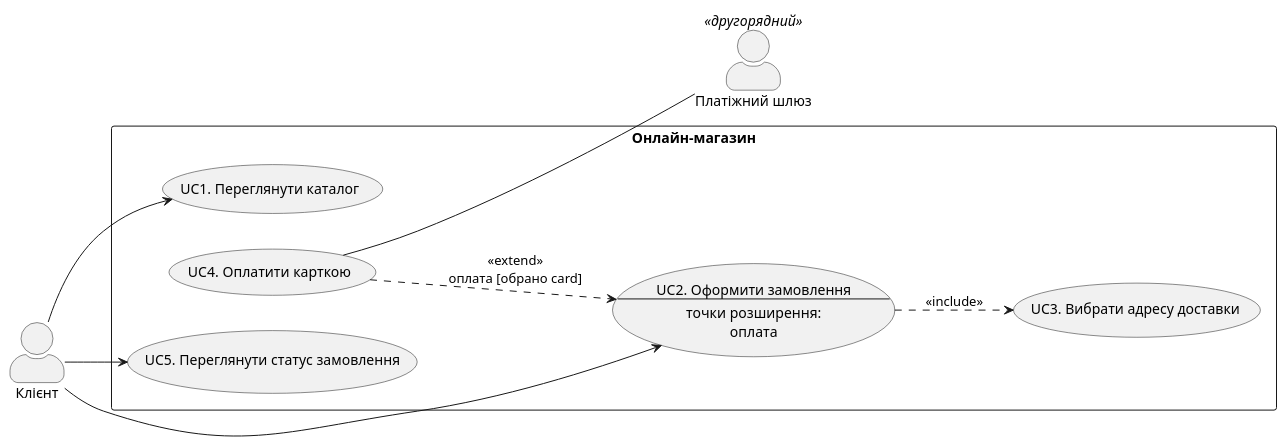
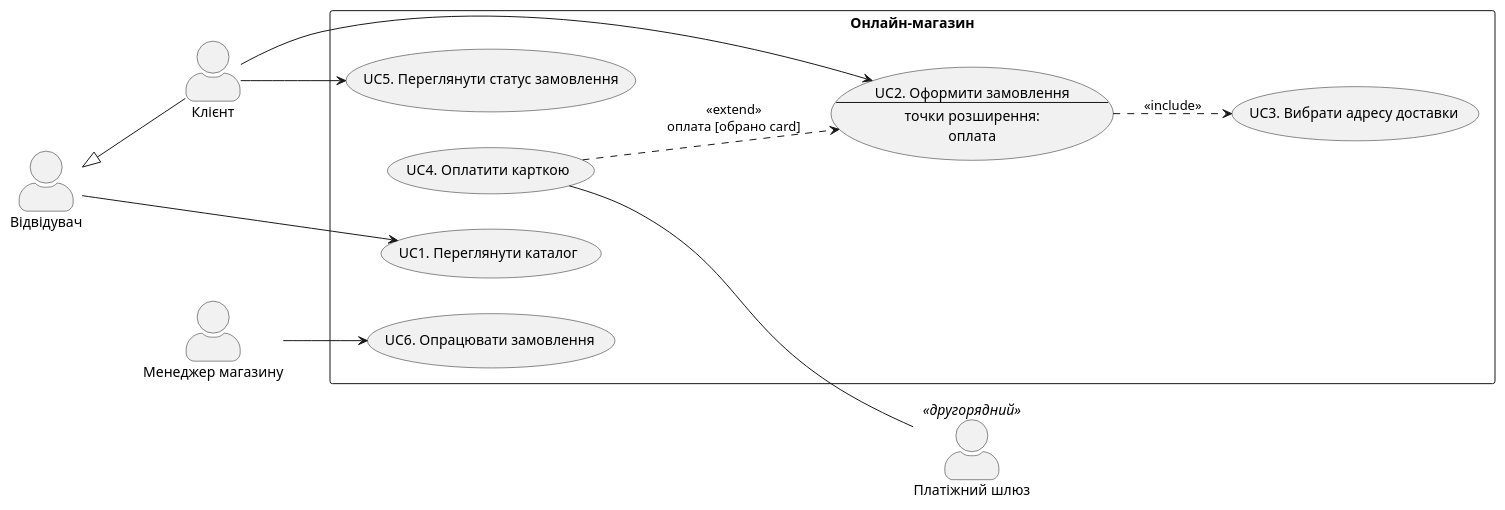
One commit to piximeow/KPI changed the diagram in lab2/diagrams/uc-diagram.puml. Above: the diagram before and after it, drawn with PlantUML. The commit also changed 5 other files, not shown here.

```diff
--- a/lab2/diagrams/uc-diagram.puml
+++ b/lab2/diagrams/uc-diagram.puml
@@ -1,27 +1,33 @@
 @startuml uc-diagram
 left to right direction
 skinparam packageStyle rectangle
 skinparam actorStyle awesome
 
+actor "Відвідувач" as V
 actor "Клієнт" as C
+actor "Менеджер магазину" as M
 actor "Платіжний шлюз" as GW <<другорядний>>
+
+C -up-|> V
 
 rectangle "Онлайн-магазин" {
   usecase "UC1. Переглянути каталог" as UC1
   usecase UC2 as "UC2. Оформити замовлення
 --
 точки розширення:
 оплата"
   usecase "UC3. Вибрати адресу доставки" as UC3
   usecase "UC4. Оплатити карткою" as UC4
   usecase "UC5. Переглянути статус замовлення" as UC5
+  usecase "UC6. Опрацювати замовлення" as UC6
 }
 
-C --> UC1
+V --> UC1
 C --> UC2
 C --> UC5
+M --> UC6
 UC4 -- GW
 
 UC2 ..> UC3 : <<include>>
 UC4 ..> UC2 : <<extend>>\nоплата [обрано card]
 @enduml
```
